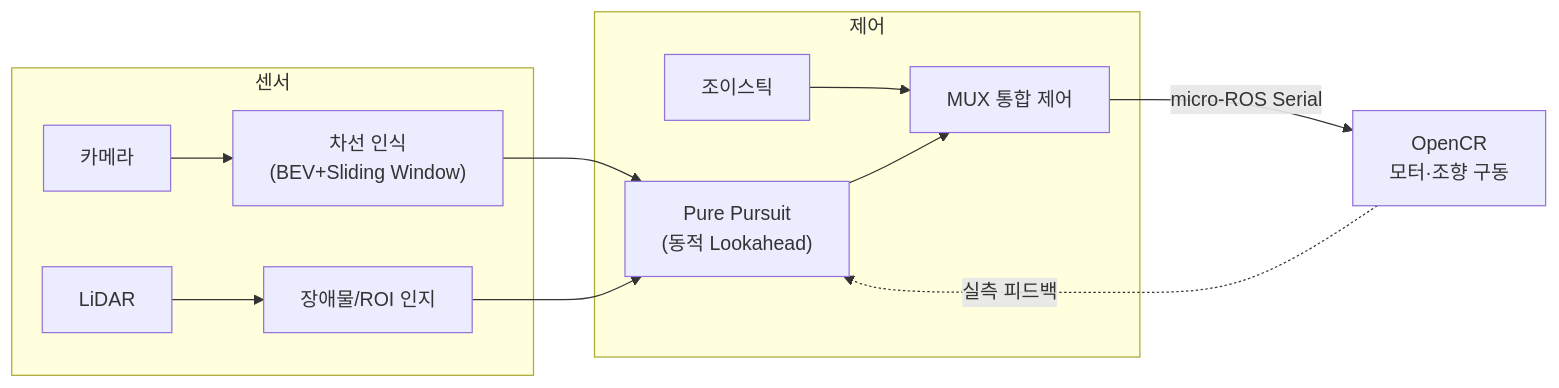
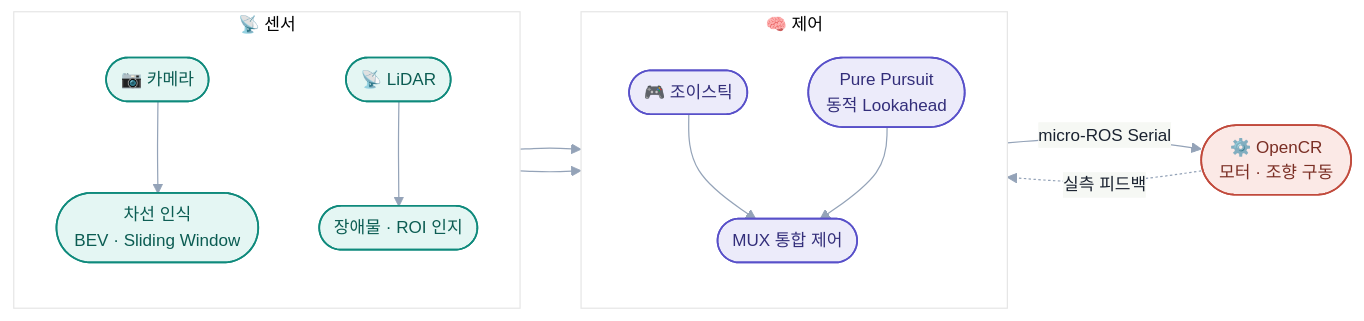
The first of 4 diagrams in README.md (GeonHoong/1_10-autonomous-race), drawn with Mermaid before and after one commit. The commit also changed other lines of this file, not shown here.

Commit message:
Restyle mermaid diagrams: rounded/colored nodes instead of flat gray boxes, add banner

````diff
--- a/README.md
+++ b/README.md
@@ -29,15 +31,29 @@
 ```mermaid
+%%{init: {'theme':'base', 'themeVariables': {
+  'primaryColor':'#f4f6f8','primaryBorderColor':'#aeb8c2','primaryTextColor':'#1a2230',
+  'lineColor':'#94a3b8','fontFamily':'Pretendard, -apple-system, Segoe UI, sans-serif','fontSize':'14px'
+}}}%%
 flowchart LR
-    subgraph SENSE[센서]
-        CAM["카메라"] --> LD["차선 인식\n(BEV+Sliding Window)"]
-        LID["LiDAR"] --> LDET["장애물/ROI 인지"]
+    classDef sense fill:#e4f6f3,stroke:#0f8a7c,stroke-width:1.4px,color:#0b5c52;
+    classDef ctrl  fill:#ecebfa,stroke:#5850c9,stroke-width:1.4px,color:#332e7a;
+    classDef motor fill:#fbe9e6,stroke:#c14a3c,stroke-width:1.4px,color:#7a2e24;
+
+    subgraph SENSE[" 📡 센서 "]
+        direction TB
+        CAM(["📷 카메라"]) --> LD(["차선 인식<br/>BEV · Sliding Window"])
+        LID(["📡 LiDAR"]) --> LDET(["장애물 · ROI 인지"])
     end
-    subgraph CTRL[제어]
-        LD --> PP["Pure Pursuit\n(동적 Lookahead)"]
+    subgraph CTRL[" 🧠 제어 "]
+        direction TB
+        LD --> PP(["Pure Pursuit<br/>동적 Lookahead"])
         LDET --> PP
-        JOY["조이스틱"] --> MUX["MUX 통합 제어"]
+        JOY(["🎮 조이스틱"]) --> MUX(["MUX 통합 제어"])
         PP --> MUX
     end
-    MUX -->|micro-ROS Serial| OPENCR["OpenCR\n모터·조향 구동"]
-    OPENCR -.실측 피드백.-> PP
+    MUX -- "micro-ROS Serial" --> OPENCR(["⚙️ OpenCR<br/>모터 · 조향 구동"])
+    OPENCR -. "실측 피드백" .-> PP
+
+    class CAM,LID,LD,LDET sense
+    class JOY,PP,MUX ctrl
+    class OPENCR motor
 ```
````
